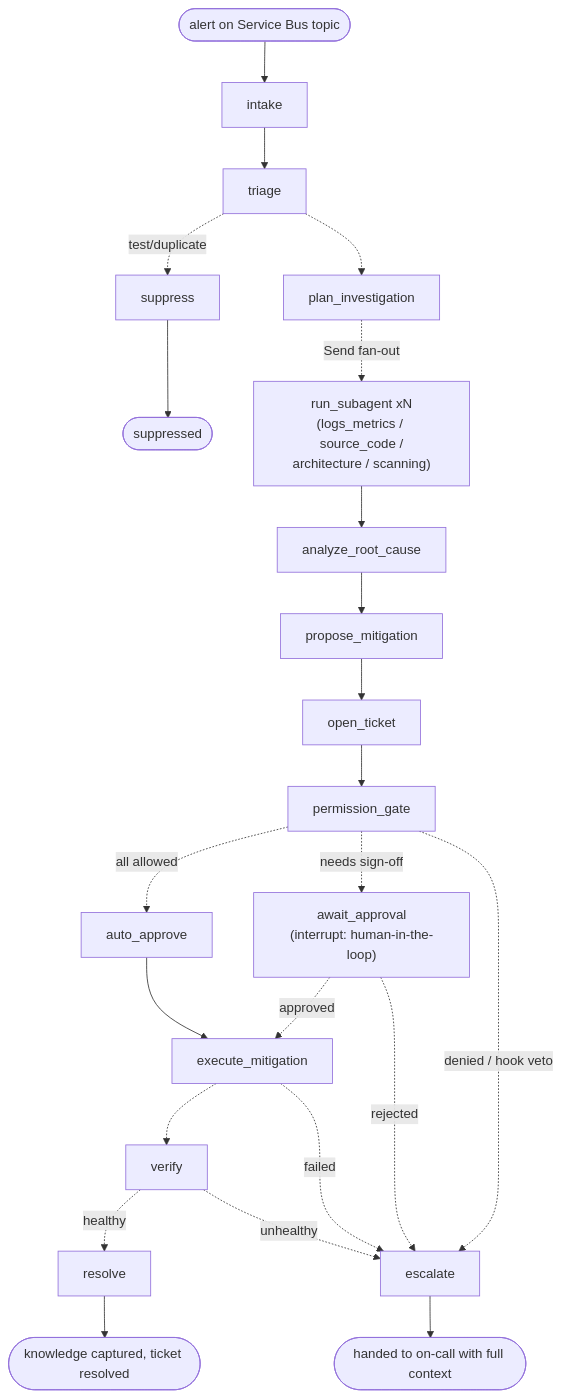
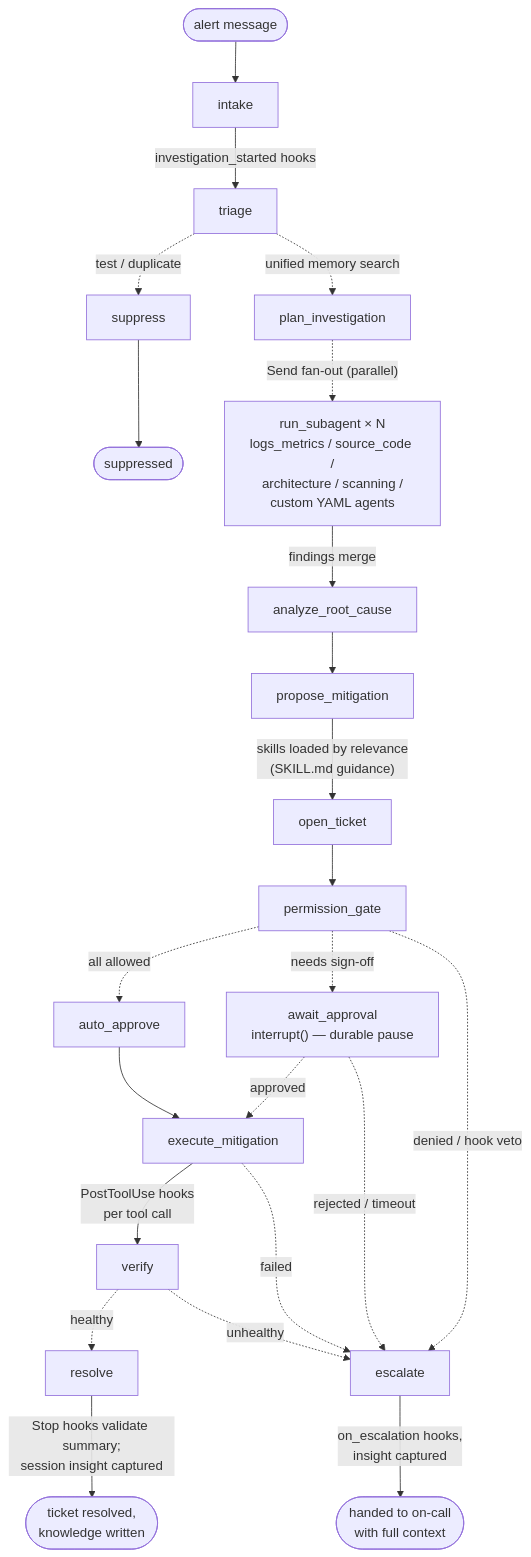
The second of 5 diagrams in sre_agent/README.md (arun-8687/SupportAgent), drawn with Mermaid before and after one commit. The commit also changed other lines of this file and 1 other file, not shown here.

First line of the commit message:
Add comprehensive README with architecture diagrams and deployment guide

````diff
--- a/sre_agent/README.md
+++ b/sre_agent/README.md
@@ -39,25 +142,25 @@
 ```mermaid
 graph TD
-    START([alert on Service Bus topic]) --> intake
-    intake --> triage
-    triage -.->|test/duplicate| suppress
-    triage -.-> plan_investigation
-    plan_investigation -.->|Send fan-out| run_subagent["run_subagent xN\n(logs_metrics / source_code /\narchitecture / scanning)"]
-    run_subagent --> analyze_root_cause
+    START([alert message]) --> intake
+    intake -->|investigation_started hooks| triage
+    triage -.->|test / duplicate| suppress
+    triage -.->|unified memory search| plan_investigation
+    plan_investigation -.->|"Send fan-out (parallel)"| run_subagent["run_subagent × N<br/>logs_metrics / source_code /<br/>architecture / scanning /<br/>custom YAML agents"]
+    run_subagent -->|findings merge| analyze_root_cause
     analyze_root_cause --> propose_mitigation
-    propose_mitigation --> open_ticket
+    propose_mitigation -->|"skills loaded by relevance<br/>(SKILL.md guidance)"| open_ticket
     open_ticket --> permission_gate
     permission_gate -.->|all allowed| auto_approve
-    permission_gate -.->|needs sign-off| await_approval["await_approval\n(interrupt: human-in-the-loop)"]
+    permission_gate -.->|needs sign-off| await_approval["await_approval<br/>interrupt() — durable pause"]
     permission_gate -.->|denied / hook veto| escalate
     await_approval -.->|approved| execute_mitigation
-    await_approval -.->|rejected| escalate
+    await_approval -.->|rejected / timeout| escalate
     auto_approve --> execute_mitigation
-    execute_mitigation -.-> verify
+    execute_mitigation -->|"PostToolUse hooks<br/>per tool call"| verify
     execute_mitigation -.->|failed| escalate
     verify -.->|healthy| resolve
     verify -.->|unhealthy| escalate
-    resolve --> END([knowledge captured, ticket resolved])
-    escalate --> END2([handed to on-call with full context])
+    resolve -->|"Stop hooks validate summary;<br/>session insight captured"| END([ticket resolved,<br/>knowledge written])
+    escalate -->|on_escalation hooks,<br/>insight captured| END2([handed to on-call<br/>with full context])
     suppress --> END3([suppressed])
 ```
````
